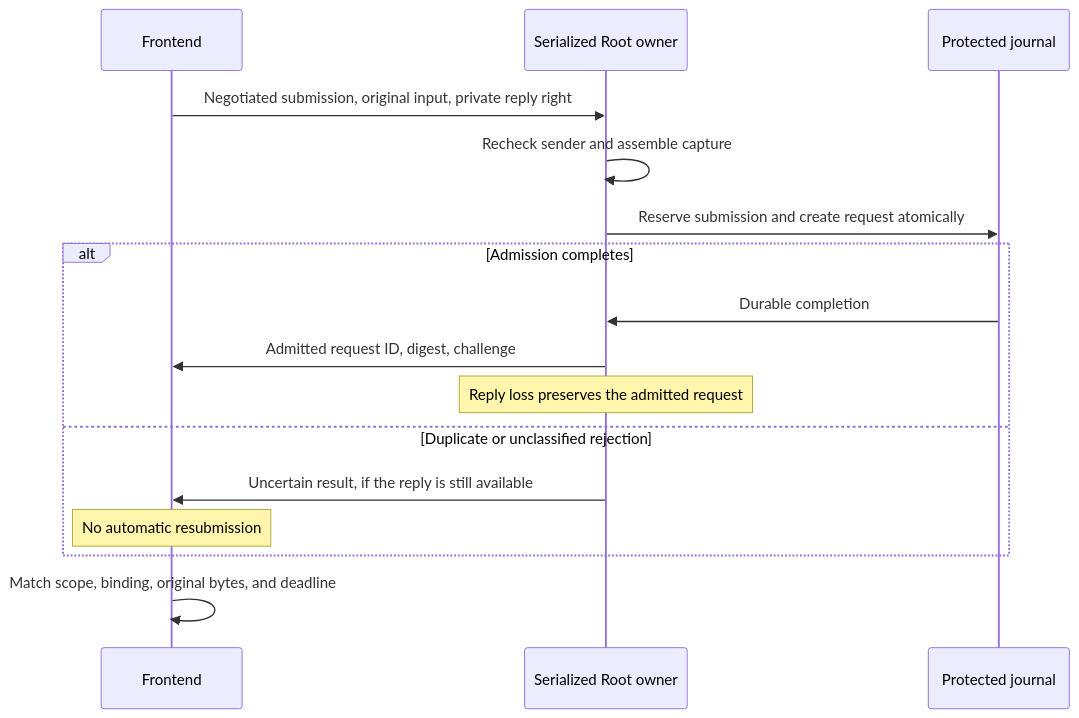
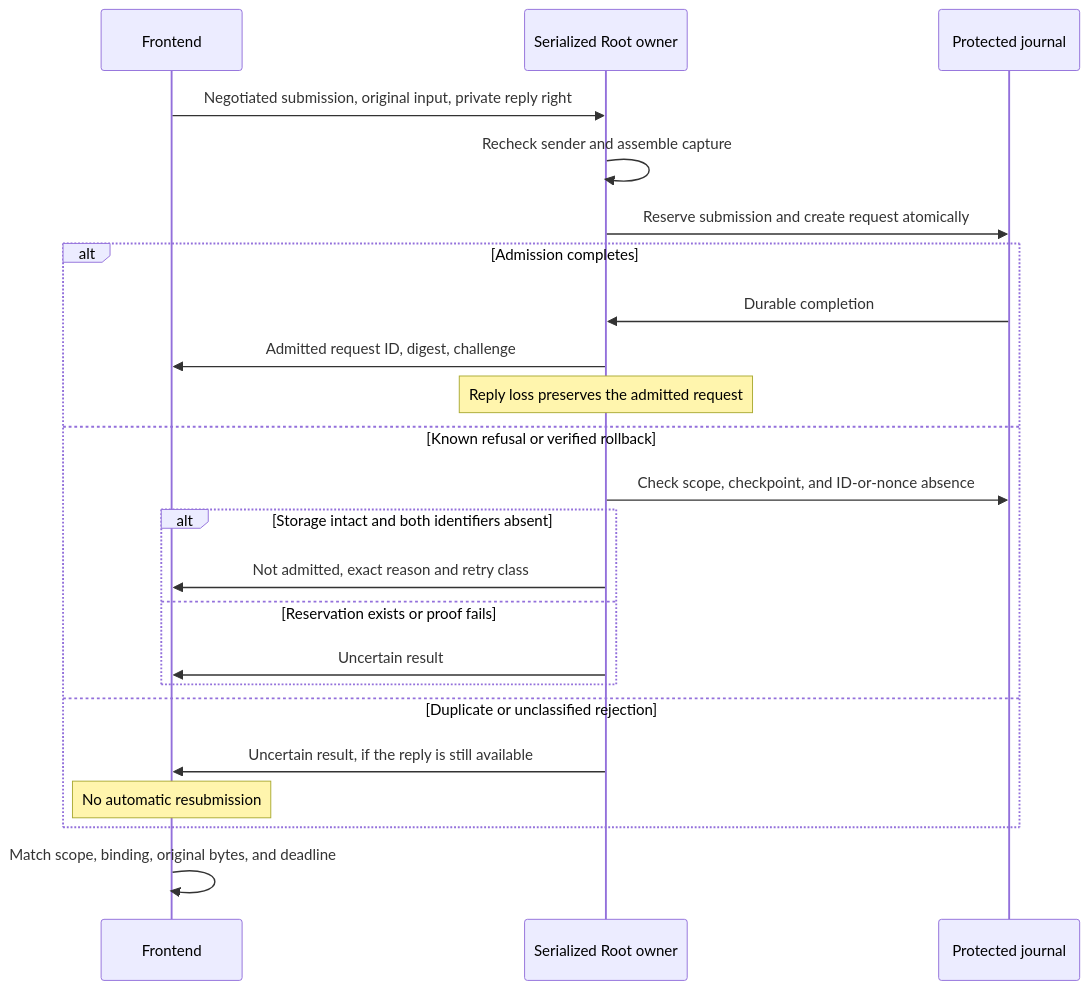
The diagram in docs/macos-command-admission-results.md (rock3r/remozio), drawn with Mermaid before and after one commit. The commit also changed other lines of this file and 5 other files, not shown here.

First line of the commit message:
Report command refusals only after verified replay absence (#232)

````diff
--- a/docs/macos-command-admission-results.md
+++ b/docs/macos-command-admission-results.md
@@ -7,18 +7,25 @@
 ```mermaid
 sequenceDiagram
     participant F as Frontend
     participant R as Serialized Root owner
     participant J as Protected journal
     F->>R: Negotiated submission, original input, private reply right
     R->>R: Recheck sender and assemble capture
     R->>J: Reserve submission and create request atomically
     alt Admission completes
         J->>R: Durable completion
         R->>F: Admitted request ID, digest, challenge
         Note over R: Reply loss preserves the admitted request
+    else Known refusal or verified rollback
+        R->>J: Check scope, checkpoint, and ID-or-nonce absence
+        alt Storage intact and both identifiers absent
+            R->>F: Not admitted, exact reason and retry class
+        else Reservation exists or proof fails
+            R->>F: Uncertain result
+        end
     else Duplicate or unclassified rejection
         R->>F: Uncertain result, if the reply is still available
         Note over F: No automatic resubmission
     end
     F->>F: Match scope, binding, original bytes, and deadline
 ```
````
